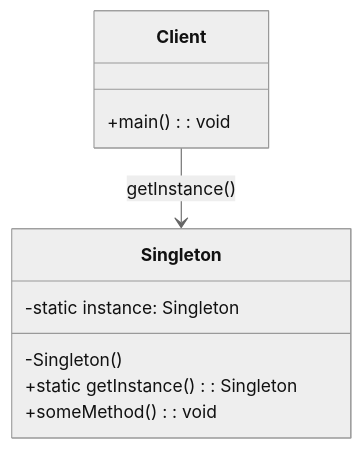
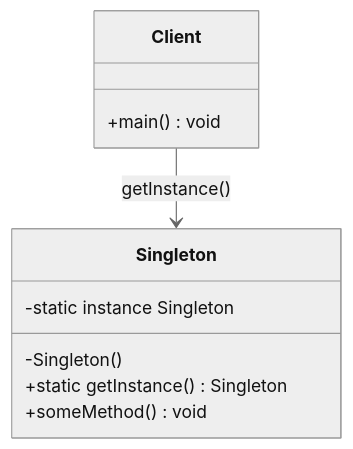
Before and after one commit to chihhung/Blog: the fourth of 29 diagrams in content/posts/教學/分析與設計/Design Pattern教學.md, drawn with Mermaid (neutral theme). The commit also changed other lines of this file and 5 other files, not shown here.

````diff
--- a/content/posts/教學/分析與設計/Design Pattern教學.md
+++ b/content/posts/教學/分析與設計/Design Pattern教學.md
@@ -274,15 +274,15 @@
 ```mermaid
 classDiagram
     class Singleton {
-        -static instance: Singleton
+        -static instance Singleton
         -Singleton()
-        +static getInstance(): Singleton
-        +someMethod(): void
+        +static getInstance() Singleton
+        +someMethod() void
     }
     
     class Client {
-        +main(): void
+        +main() void
     }
     
-    Client --> Singleton: getInstance()
+    Client --> Singleton : getInstance()
 ```
````
